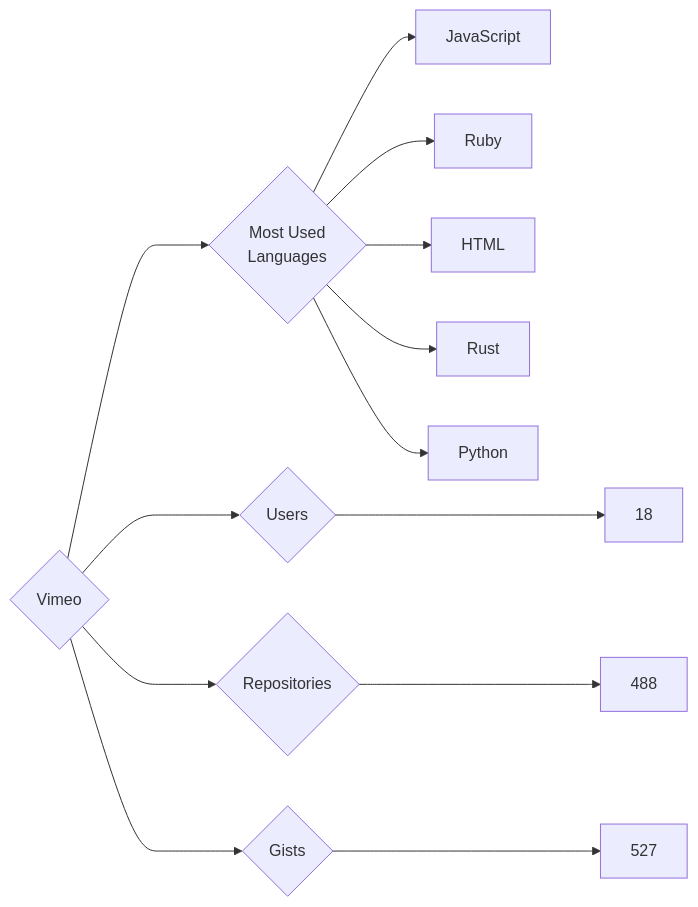
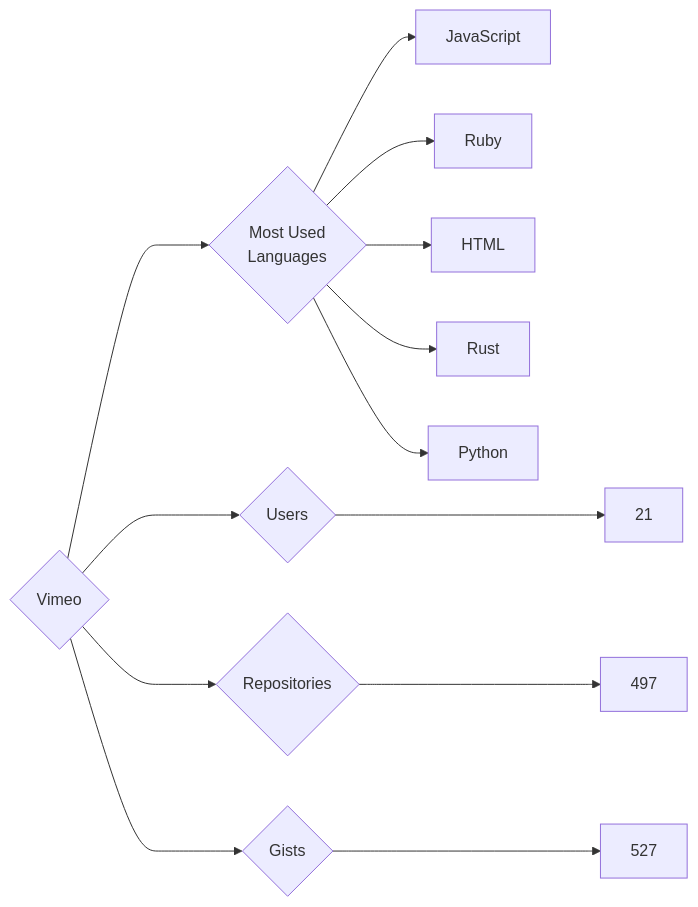
The diagram in targets/Vimeo/README.md (trickest/insiders), drawn with Mermaid before and after one commit. The commit also changed 770 other files, not shown here.

````diff
--- a/targets/Vimeo/README.md
+++ b/targets/Vimeo/README.md
@@ -3,13 +3,13 @@
 ```mermaid
 graph LR
 COMPANY_NAME{Vimeo}
-COMPANY_NAME ---> U{Users} ---> UN[18]
-COMPANY_NAME ---> R{Repositories} ---> RN[488]
+COMPANY_NAME ---> U{Users} ---> UN[21]
+COMPANY_NAME ---> R{Repositories} ---> RN[497]
 COMPANY_NAME ---> G{Gists} ---> GN[527]
 COMPANY_NAME ---> ML{Most Used<br>Languages}
 ML --> JavaScript[JavaScript]
 ML --> Ruby[Ruby]
 ML --> HTML[HTML]
 ML --> Rust[Rust]
 ML --> Python[Python]
 ```
````
